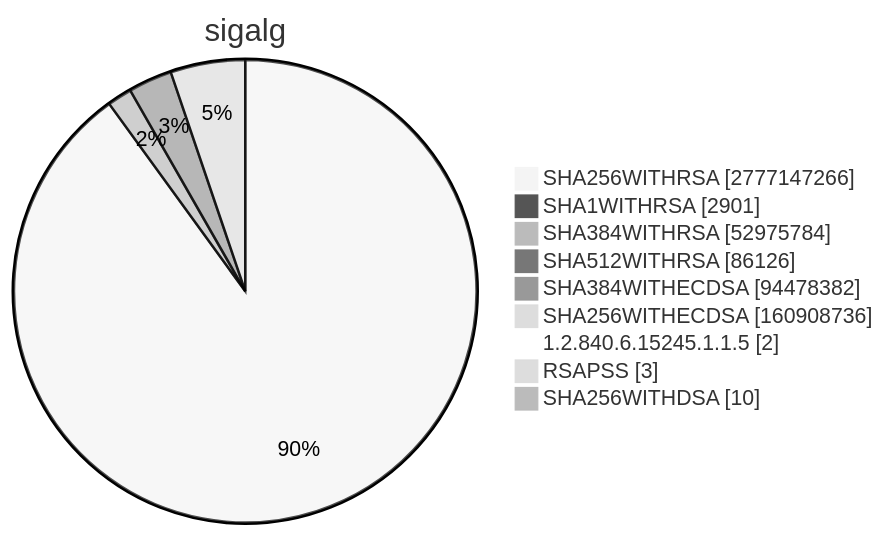
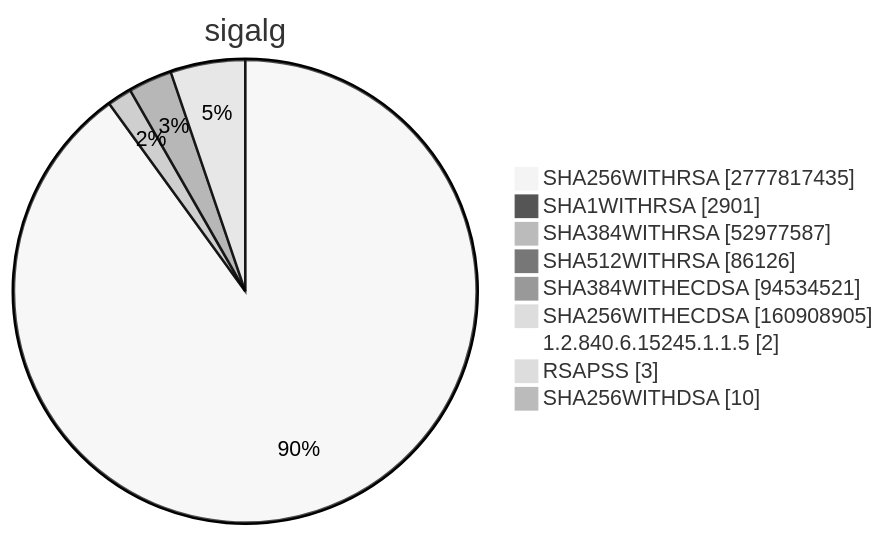
Diagram 15 of 15 in TOTAL/README.md (christiankrug/ctmonitor_visualization), drawn with Mermaid (neutral theme) before and after one commit. The commit also changed other lines of this file, not shown here.

````diff
--- a/TOTAL/README.md
+++ b/TOTAL/README.md
@@ -6207,13 +6207,13 @@
 ```mermaid
 pie showData
 title sigalg
-"SHA256WITHRSA" :2777147266
+"SHA256WITHRSA" :2777817435
 "SHA1WITHRSA" :2901
-"SHA384WITHRSA" :52975784
+"SHA384WITHRSA" :52977587
 "SHA512WITHRSA" :86126
-"SHA384WITHECDSA" :94478382
-"SHA256WITHECDSA" :160908736
+"SHA384WITHECDSA" :94534521
+"SHA256WITHECDSA" :160908905
 "1.2.840.6.15245.1.1.5" :2
 "RSAPSS" :3
 "SHA256WITHDSA" :10
 ```
````
